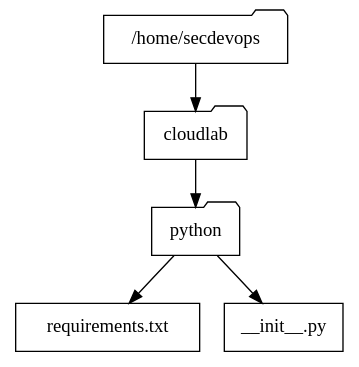
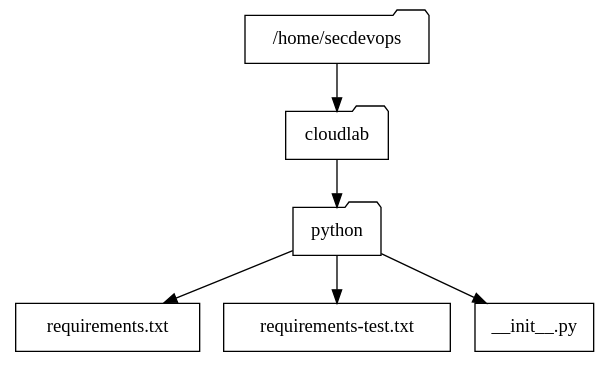
Before and after one commit to ajcborges/devsecops-tactical-workbook: the diagram in docs/_source/python.rst, drawn with Graphviz. The commit also changed other lines of this file and 11 other files, not shown here.

```diff
--- a/docs/_source/python.rst
+++ b/docs/_source/python.rst
@@ -69,15 +82,17 @@
 .. graphviz::
    :caption: Project Directory
    :align: center
 
    digraph folders {
       "/home/secdevops" [shape=folder];
       "cloudlab" [shape=folder];
       "python" [shape=folder];
-      "requirements.txt" [shape=rect];
-      "__init__.py" [shape=rect];
+      "requirements.txt" [shape=rectangle];
+      "requirements-test.txt" [shape=rectangle];
+      "__init__.py" [shape=rectangle];
       "/home/secdevops" -> "cloudlab";
       "cloudlab" -> "python";
       "python" -> "__init__.py";
       "python" -> "requirements.txt";
+      "python" -> "requirements-test.txt";
    }
```
